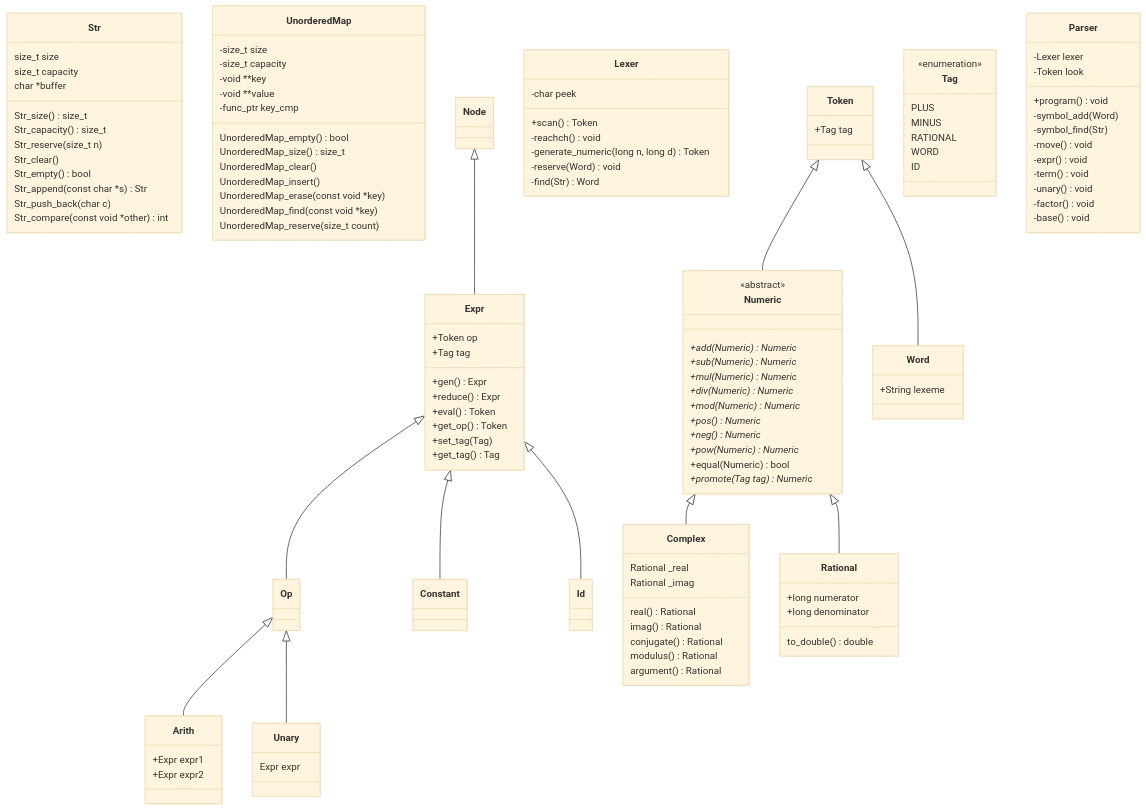
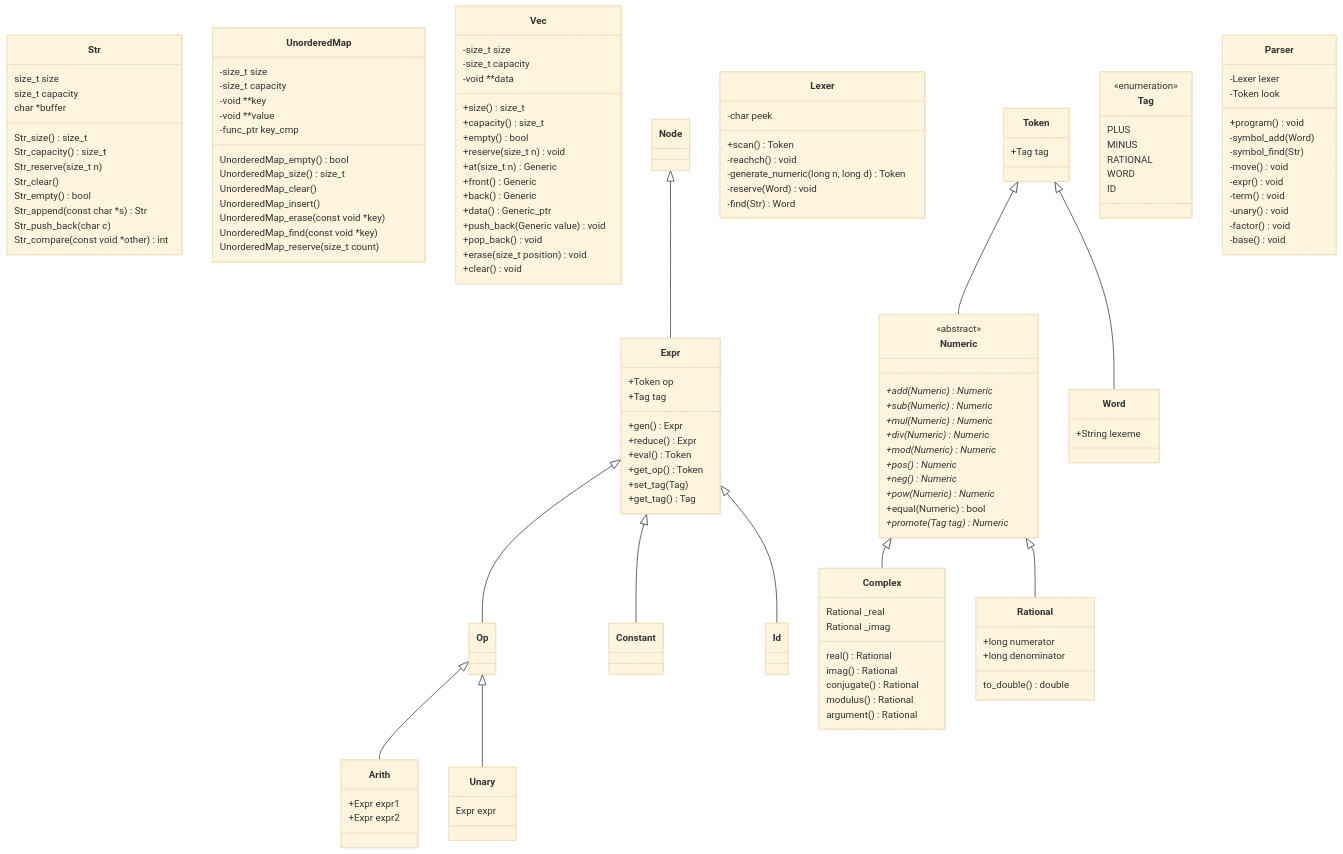
Before and after one commit to nwhean/42_computorv: the diagram in diagram.md, drawn with Mermaid (base theme). The commit also changed 6 other files, not shown here.

```diff
--- a/diagram.md
+++ b/diagram.md
@@ -29,6 +29,24 @@
 		UnorderedMap_erase(const void *key)
 		UnorderedMap_find(const void *key)
 		UnorderedMap_reserve(size_t count)
+	}
+
+	class Vec {
+		-size_t size
+		-size_t capacity
+		-void	**data
+		+size()	size_t
+		+capacity() size_t
+		+empty() bool
+		+reserve(size_t n) void
+		+at(size_t n) Generic
+		+front() Generic
+		+back() Generic
+		+data() Generic_ptr
+		+push_back(Generic value) void
+		+pop_back() void
+		+erase(size_t position) void
+		+clear() void
 	}
 
 
```
